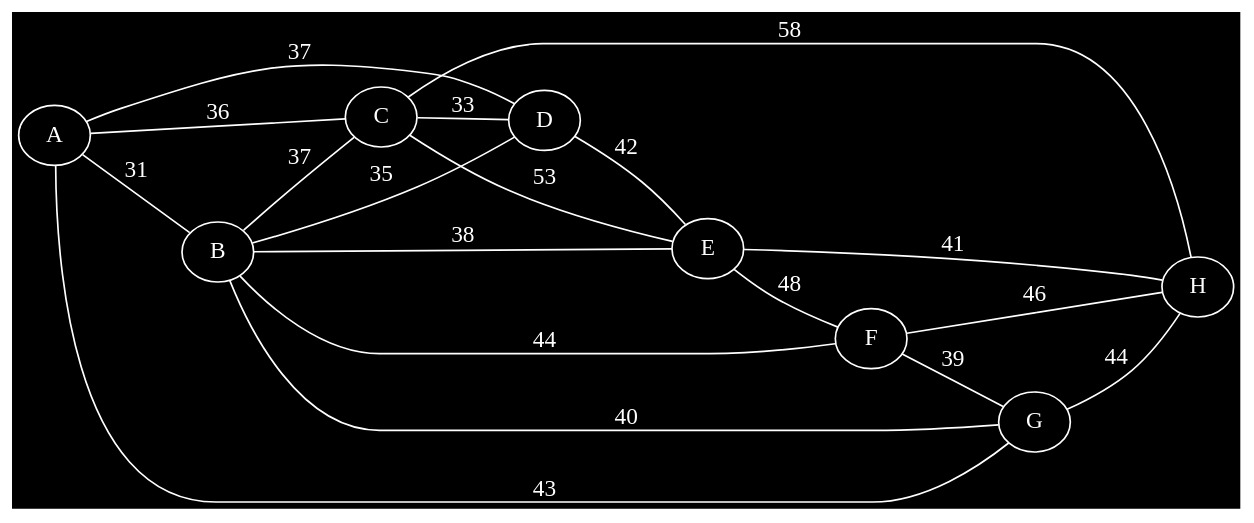
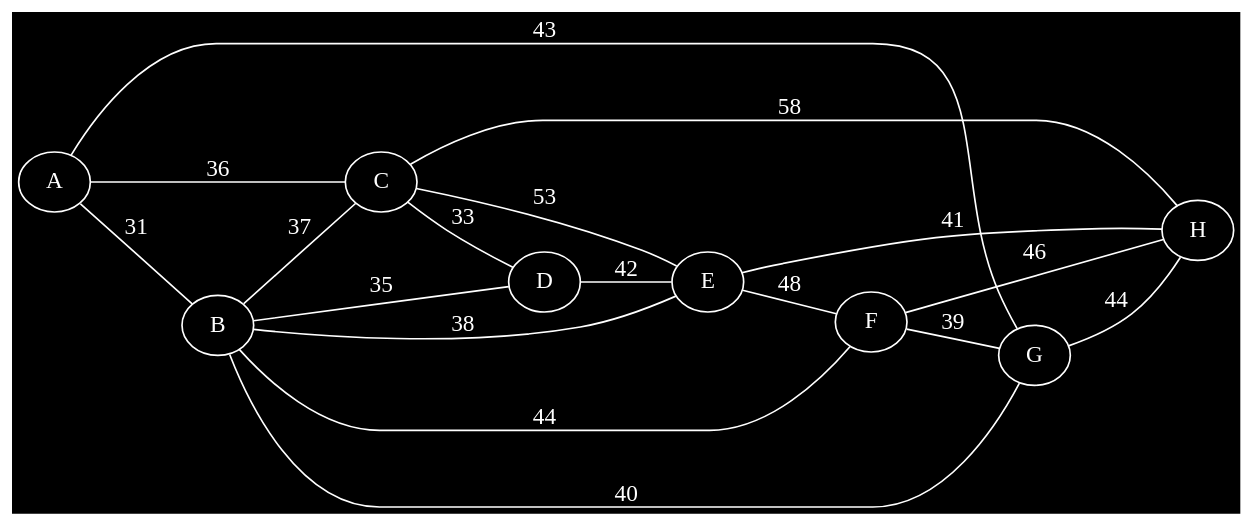
The diagram in pc2/Sol/P06-todas/graph.dot (dReposU/CA-2024_02), drawn with Graphviz before and after one commit.

Commit message:
Corrected graph

```diff
--- a/pc2/Sol/P06-todas/graph.dot
+++ b/pc2/Sol/P06-todas/graph.dot
@@ -1,31 +1,30 @@
 graph G {
     rankdir=LR
     bgcolor = black
     node[color=white fontcolor=white width=.6]
     edge[color=white fontcolor = white]
 
     A -- B [label="31"];
     A -- C [label="36"];
-    A -- D [label="37"];
     A -- G [label="43"];
     
     B -- C [label="37"];
     B -- D [label="35"];
     B -- E [label="38"];
     B -- F [label="44"];
     B -- G [label="40"];
     
     C -- D [label="33"];
     C -- E [label="53"];
     C -- H [label="58"];
     
     D -- E [label="42"];
     
     E -- F [label="48"];
     E -- H [label="41"];
     
     F -- G [label="39"];
     F -- H [label="46"];
     
     G -- H [label="44"];
 }
```
